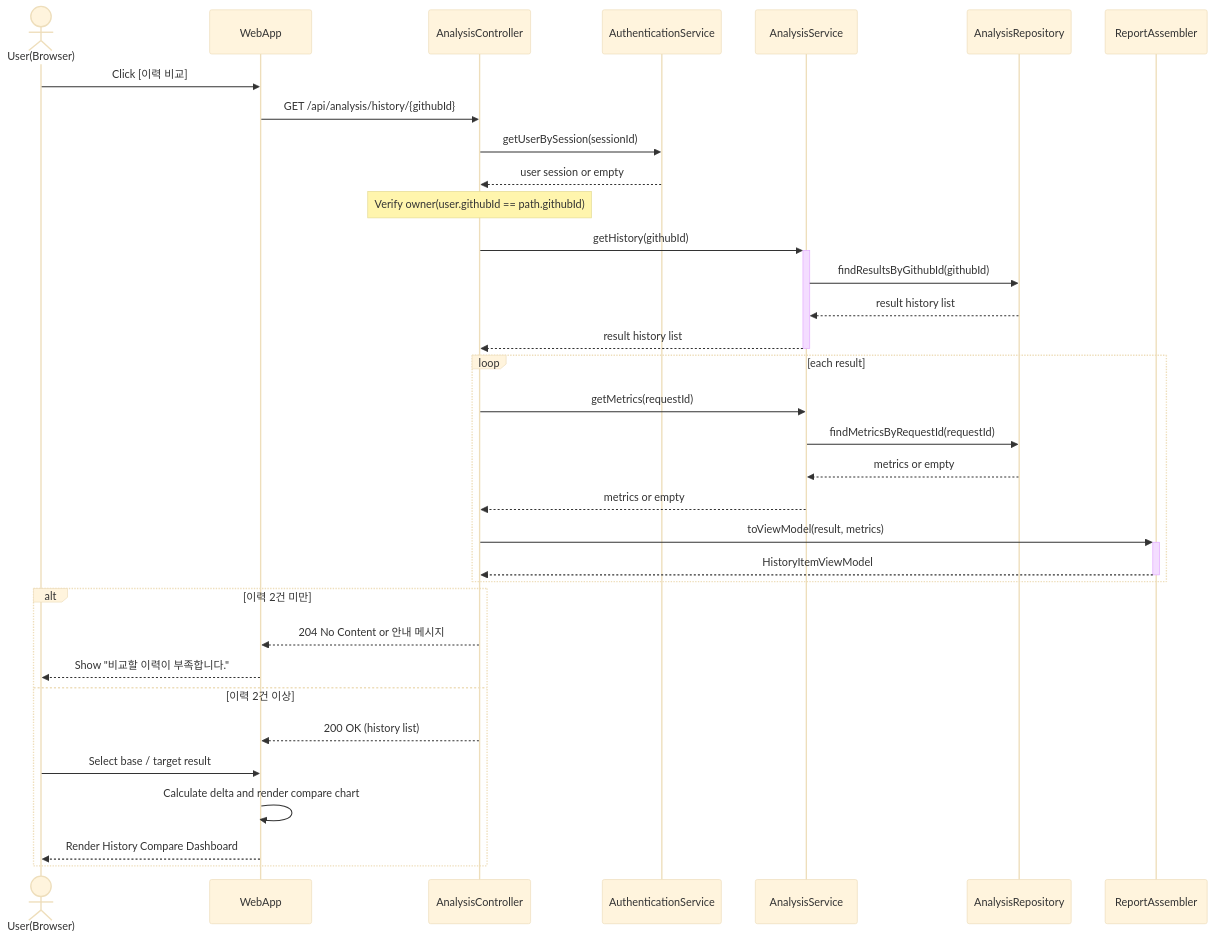
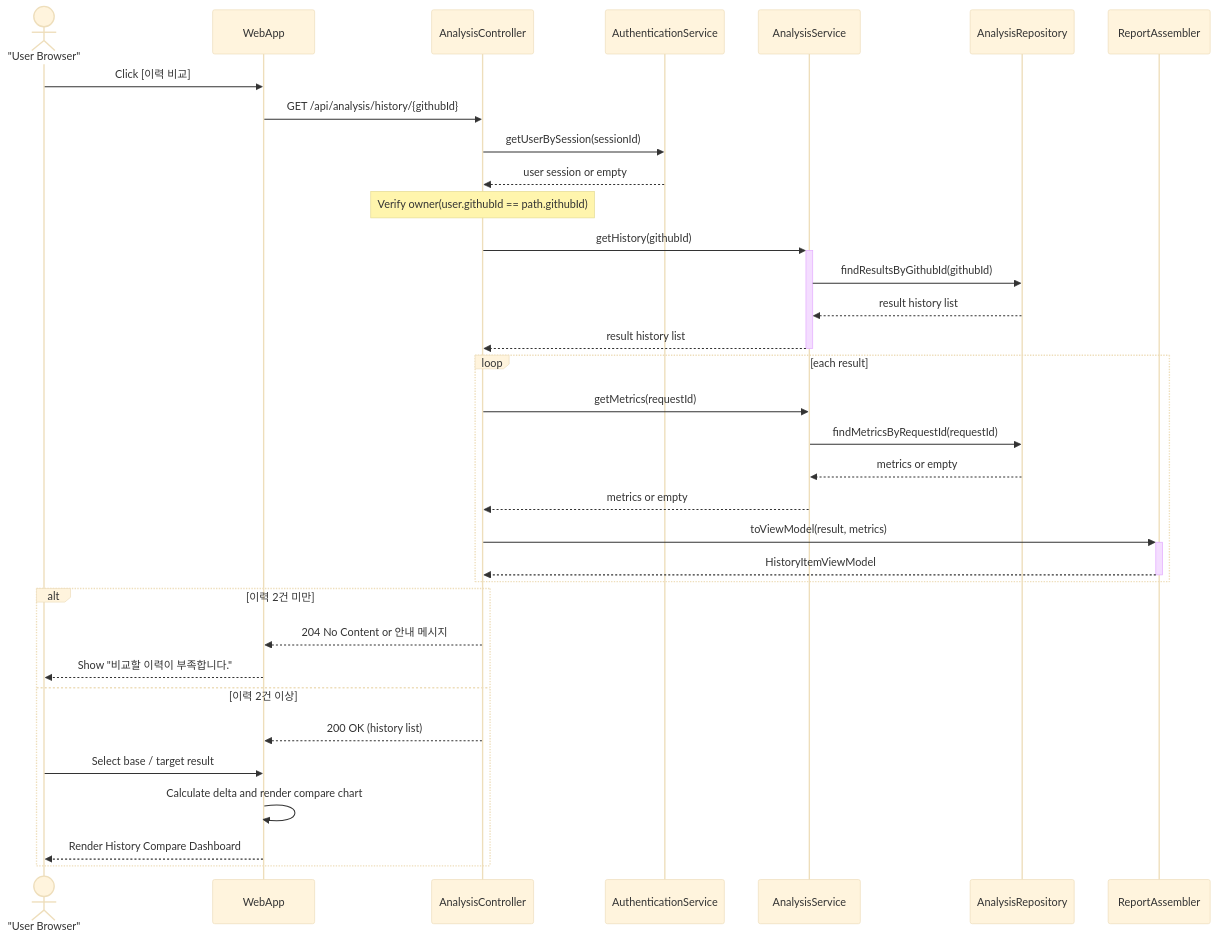
Before and after one commit to NotHyoone/OSS_Design: diagram 19 of 20 in docs/project/[Design]22212046_안효원.md, drawn with Mermaid (base theme). The commit also changed other lines of this file and 4 other files, not shown here.

Commit message:
docs: sync project diagrams with implementation

````diff
--- a/docs/project/[Design]22212046_안효원.md
+++ b/docs/project/[Design]22212046_안효원.md
@@ -1940,40 +1945,40 @@
 ```mermaid
 sequenceDiagram
-    actor User as User(Browser)
+    actor User as "User Browser"
     participant WebApp as WebApp
     participant AnalysisCtrl as AnalysisController
     participant AuthSvc as AuthenticationService
     participant AnalysisSvc as AnalysisService
     participant Repo as AnalysisRepository
     participant Assembler as ReportAssembler
 
     User->>WebApp: Click [이력 비교]
     WebApp->>AnalysisCtrl: GET /api/analysis/history/{githubId}
     AnalysisCtrl->>AuthSvc: getUserBySession(sessionId)
     AuthSvc-->>AnalysisCtrl: user session or empty
     Note over AnalysisCtrl: Verify owner(user.githubId == path.githubId)
 
     AnalysisCtrl->>+AnalysisSvc: getHistory(githubId)
     AnalysisSvc->>Repo: findResultsByGithubId(githubId)
     Repo-->>AnalysisSvc: result history list
     AnalysisSvc-->>-AnalysisCtrl: result history list
 
     loop each result
         AnalysisCtrl->>AnalysisSvc: getMetrics(requestId)
         AnalysisSvc->>Repo: findMetricsByRequestId(requestId)
         Repo-->>AnalysisSvc: metrics or empty
         AnalysisSvc-->>AnalysisCtrl: metrics or empty
         AnalysisCtrl->>+Assembler: toViewModel(result, metrics)
         Assembler-->>-AnalysisCtrl: HistoryItemViewModel
     end
 
     alt 이력 2건 미만
         AnalysisCtrl-->>WebApp: 204 No Content or 안내 메시지
         WebApp-->>User: Show "비교할 이력이 부족합니다."
     else 이력 2건 이상
         AnalysisCtrl-->>WebApp: 200 OK (history list)
         User->>WebApp: Select base / target result
         WebApp->>WebApp: Calculate delta and render compare chart
         WebApp-->>User: Render History Compare Dashboard
     end
 ```
````
